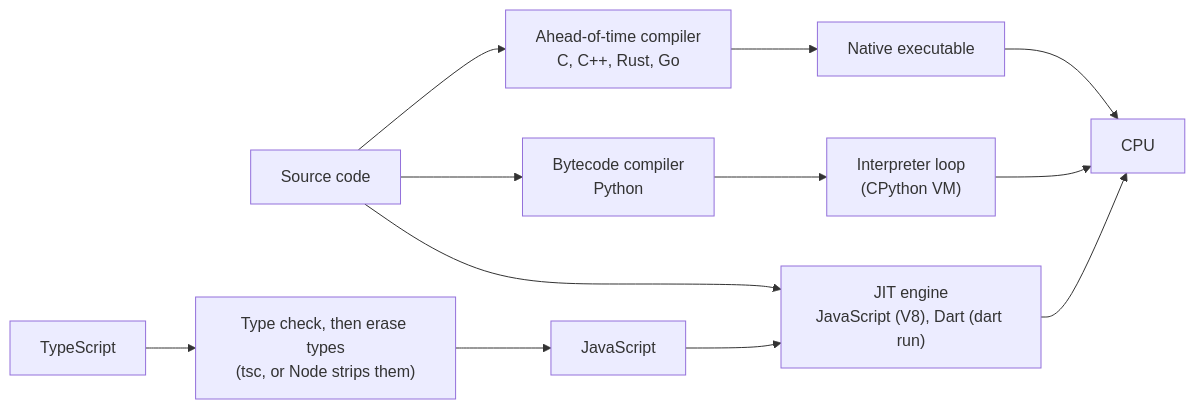
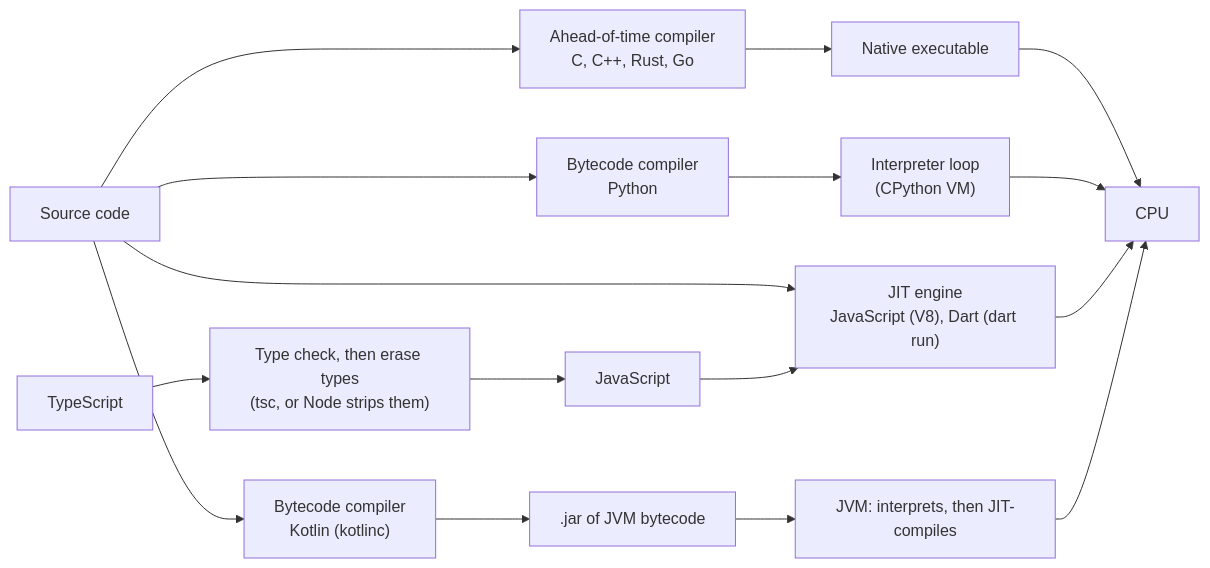
Before and after one commit to KromeKode/Comparative-programming: the diagram in chapters/01-toolchains-and-hello-world/README.md, drawn with Mermaid. The commit also changed other lines of this file and 9 other files, not shown here.

````diff
--- a/chapters/01-toolchains-and-hello-world/README.md
+++ b/chapters/01-toolchains-and-hello-world/README.md
@@ -23,19 +23,24 @@
 ```mermaid
 flowchart LR
     src[Source code]
 
     src --> aot["Ahead-of-time compiler<br/>C, C++, Rust, Go"]
     aot --> bin[Native executable]
     bin --> cpu[CPU]
 
     src --> bc["Bytecode compiler<br/>Python"]
     bc --> vm["Interpreter loop<br/>(CPython VM)"]
     vm --> cpu
 
     src --> jit["JIT engine<br/>JavaScript (V8), Dart (dart run)"]
     jit --> cpu
 
+    src --> kc["Bytecode compiler<br/>Kotlin (kotlinc)"]
+    kc --> jar[".jar of JVM bytecode"]
+    jar --> jvm["JVM: interprets, then JIT-compiles"]
+    jvm --> cpu
+
     ts[TypeScript] --> erase["Type check, then erase types<br/>(tsc, or Node strips them)"]
     erase --> js[JavaScript]
     js --> jit
 ```
````
